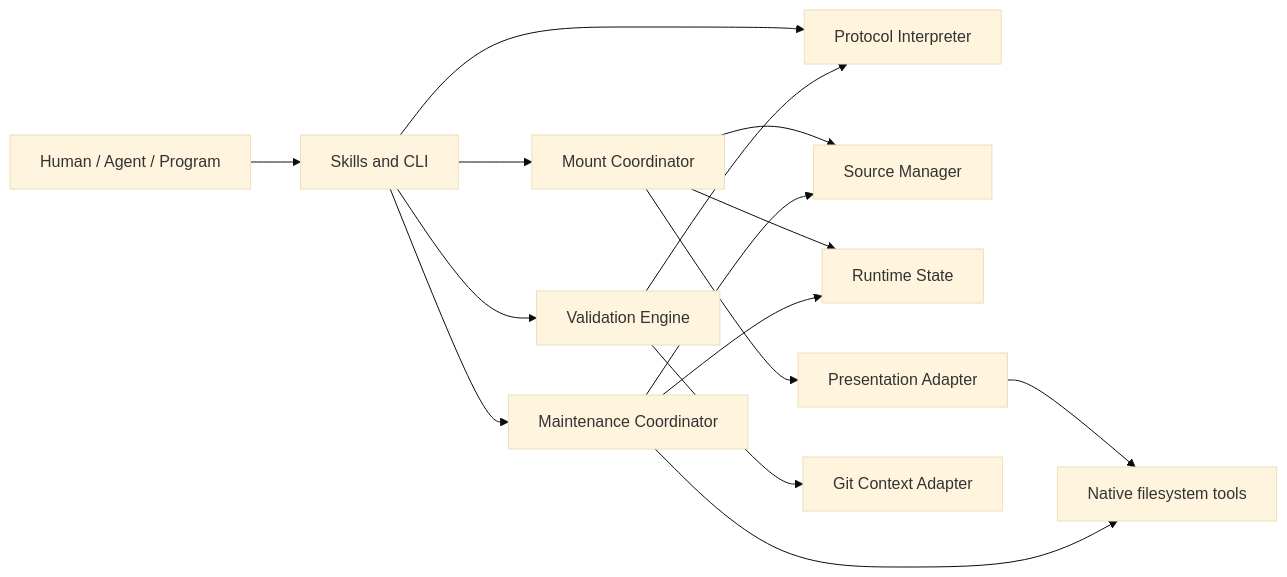
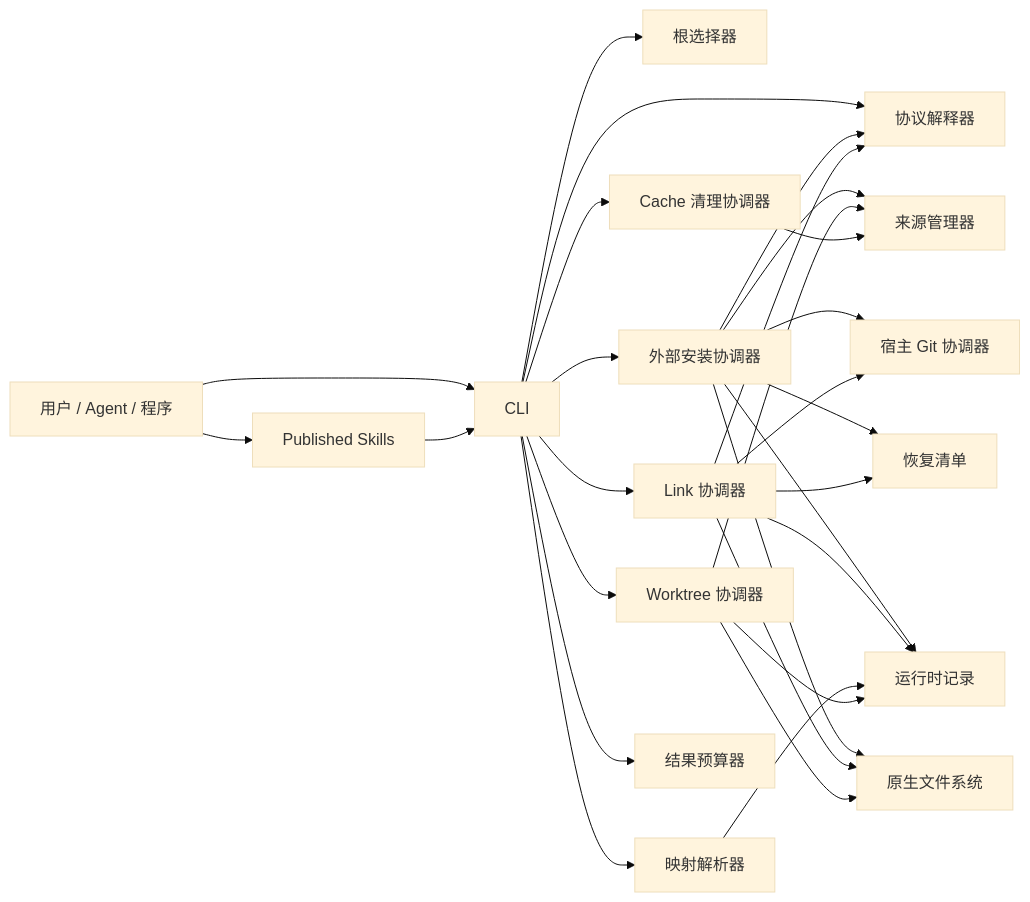
The first of 3 diagrams in docs/doctidex-git/architecture/subsystems-and-lifecycles.md (Viennan/doctidex), drawn with Mermaid (base theme) before and after one commit. The commit also changed other lines of this file and 116 other files, not shown here.

Commit message:
align doctidex-git with v1.0.0 protocol

````diff
--- a/docs/doctidex-git/architecture/subsystems-and-lifecycles.md
+++ b/docs/doctidex-git/architecture/subsystems-and-lifecycles.md
@@ -25,17 +36,30 @@
 ```mermaid
 flowchart LR
-    U[Human / Agent / Program] --> S[Skills and CLI]
-    S --> P[Protocol Interpreter]
-    S --> M[Mount Coordinator]
-    S --> W[Maintenance Coordinator]
-    S --> V[Validation Engine]
-    M --> G[Source Manager]
-    M --> R[Runtime State]
-    M --> X[Presentation Adapter]
+    U[用户 / Agent / 程序] --> K[Published Skills]
+    U --> S[CLI]
+    K --> S
+    S --> R[根选择器]
+    S --> P[协议解释器]
+    S --> E[外部安装协调器]
+    S --> L[Link 协调器]
+    S --> M[映射解析器]
+    S --> W[Worktree 协调器]
+    S --> C[Cache 清理协调器]
+    E --> P
+    E --> G[来源管理器]
+    E --> H[宿主 Git 协调器]
+    E --> V[恢复清单]
+    E --> D[运行时记录]
+    L --> P
+    L --> H
+    L --> V
+    L --> D
+    M --> D
     W --> G
-    W --> R
-    V --> P
-    V --> C[Git Context Adapter]
-    X --> F[Native filesystem tools]
+    W --> D
+    C --> G
+    S --> B[结果预算器]
+    E --> F[原生文件系统]
+    L --> F
     W --> F
 ```
````
